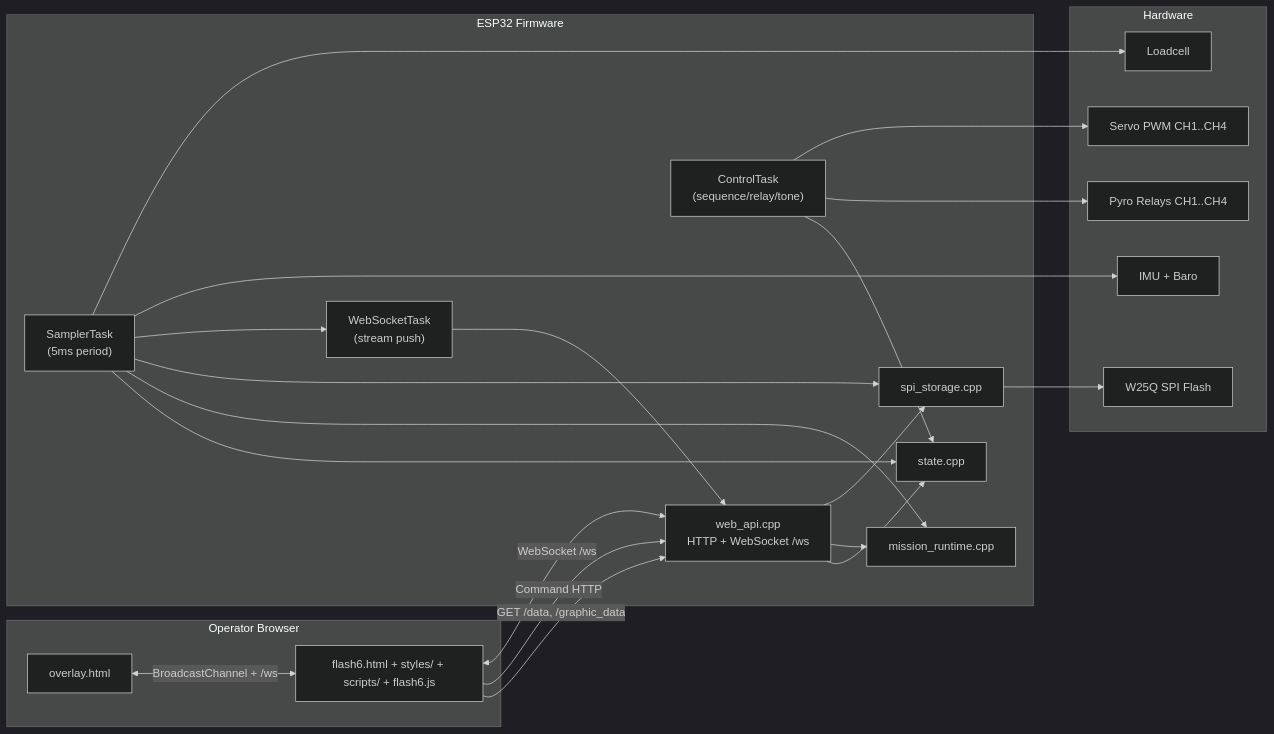
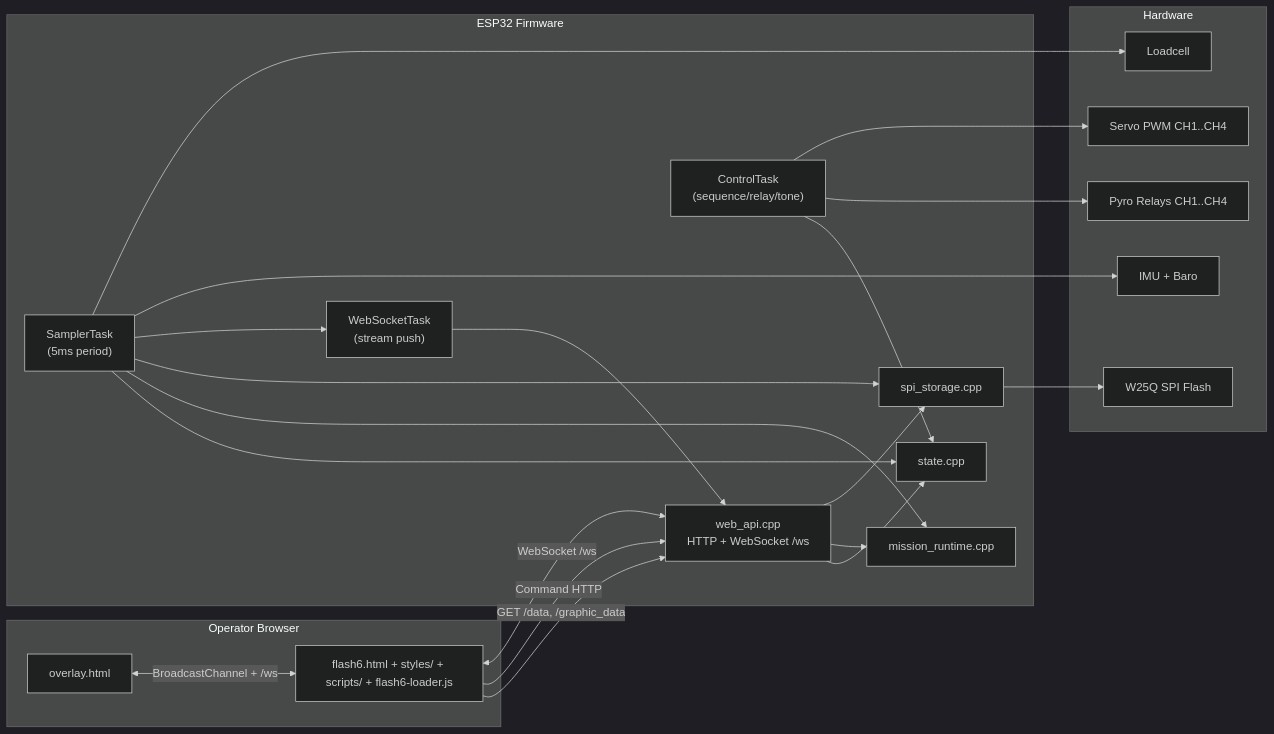
One commit to YBB-space/FLASH6 changed the first of 5 diagrams in FLASH6/FLASH6_PROGRAM_DIAGRAM.md. Above: the diagram before and after it, drawn with Mermaid (dark theme). The commit also changed 9 other files, not shown here.

````diff
--- a/FLASH6/FLASH6_PROGRAM_DIAGRAM.md
+++ b/FLASH6/FLASH6_PROGRAM_DIAGRAM.md
@@ -7,47 +7,47 @@
 ```mermaid
 flowchart LR
   subgraph Browser["Operator Browser"]
-    UI["flash6.html + styles/ + scripts/ + flash6.js"]
+    UI["flash6.html + styles/ + scripts/ + flash6-loader.js"]
     Overlay["overlay.html"]
   end
 
   subgraph ESP32["ESP32 Firmware"]
     Web["web_api.cpp<br/>HTTP + WebSocket /ws"]
     Sampler["SamplerTask<br/>(5ms period)"]
     Control["ControlTask<br/>(sequence/relay/tone)"]
     Stream["WebSocketTask<br/>(stream push)"]
     Mission["mission_runtime.cpp"]
     Storage["spi_storage.cpp"]
     State["state.cpp"]
   end
 
   subgraph HW["Hardware"]
     IMU["IMU + Baro"]
     Loadcell["Loadcell"]
     Relays["Pyro Relays CH1..CH4"]
     Servo["Servo PWM CH1..CH4"]
     Flash["W25Q SPI Flash"]
   end
 
   UI -->|GET /data, /graphic_data| Web
   UI -->|Command HTTP| Web
   UI <-->|WebSocket /ws| Web
   Overlay <-->|BroadcastChannel + /ws| UI
 
   Web --> State
   Web --> Mission
   Web --> Storage
   Stream --> Web
 
   Sampler --> State
   Sampler --> Mission
   Sampler --> Storage
   Sampler --> Stream
   Control --> State
 
   Sampler --> IMU
   Sampler --> Loadcell
   Control --> Relays
   Control --> Servo
   Storage --> Flash
 ```
````
